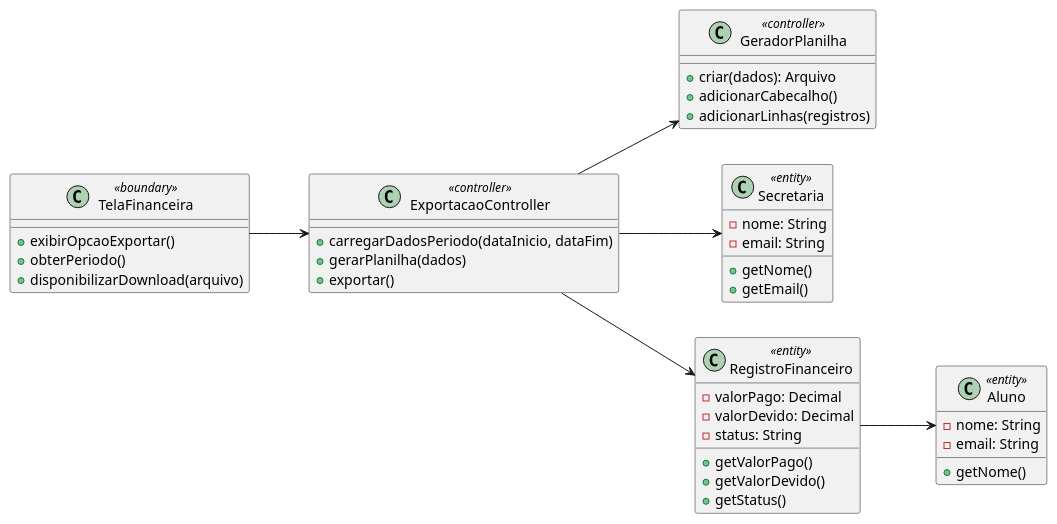
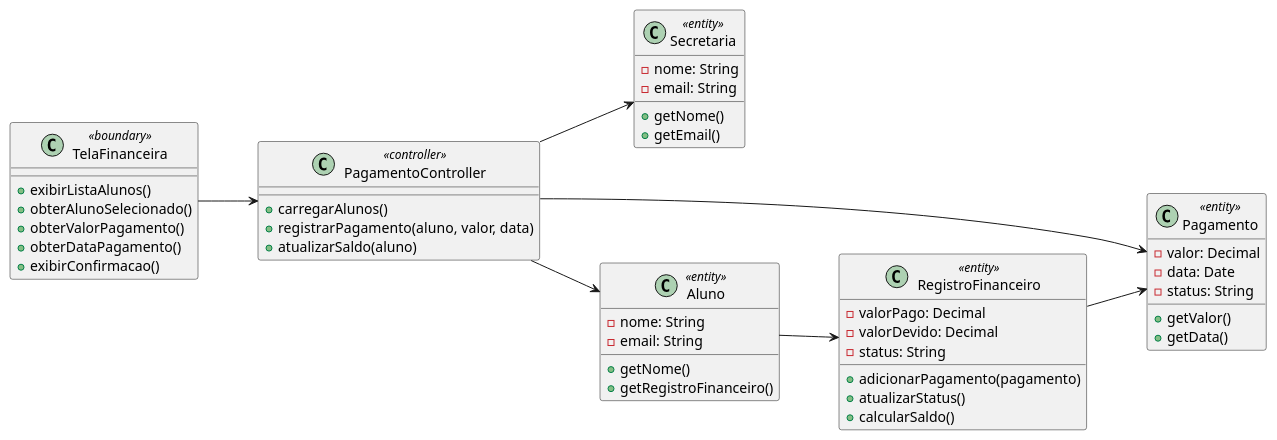
The diagram in vcp/Caso_10_VCP.puml (viniciusdias2902/modelagem_uml), drawn with PlantUML before and after one commit. The commit also changed other lines of this file and 117 other files, not shown here.

Commit message:
Atualização dos diagramas

```diff
--- a/vcp/Caso_10_VCP.puml
+++ b/vcp/Caso_10_VCP.puml
@@ -1,50 +1,56 @@
 @startuml
 left to right direction
 
 class TelaFinanceira <<boundary>> {
-    +exibirOpcaoExportar()
-    +obterPeriodo()
-    +disponibilizarDownload(arquivo)
+    +exibirListaAlunos()
+    +obterAlunoSelecionado()
+    +obterValorPagamento()
+    +obterDataPagamento()
+    +exibirConfirmacao()
 }
 
-class ExportacaoController <<controller>> {
-    +carregarDadosPeriodo(dataInicio, dataFim)
-    +gerarPlanilha(dados)
-    +exportar()
-}
-
-class GeradorPlanilha <<controller>> {
-    +criar(dados): Arquivo
-    +adicionarCabecalho()
-    +adicionarLinhas(registros)
+class PagamentoController <<controller>> {
+    +carregarAlunos()
+    +registrarPagamento(aluno, valor, data)
+    +atualizarSaldo(aluno)
 }
 
 class Secretaria <<entity>> {
     -nome: String
     -email: String
     +getNome()
     +getEmail()
 }
 
 class RegistroFinanceiro <<entity>> {
     -valorPago: Decimal
     -valorDevido: Decimal
     -status: String
-    +getValorPago()
-    +getValorDevido()
-    +getStatus()
+    +adicionarPagamento(pagamento)
+    +atualizarStatus()
+    +calcularSaldo()
+}
+
+class Pagamento <<entity>> {
+    -valor: Decimal
+    -data: Date
+    -status: String
+    +getValor()
+    +getData()
 }
 
 class Aluno <<entity>> {
     -nome: String
     -email: String
     +getNome()
+    +getRegistroFinanceiro()
 }
 
-TelaFinanceira --> ExportacaoController
-ExportacaoController --> Secretaria
-ExportacaoController --> GeradorPlanilha
-ExportacaoController --> RegistroFinanceiro
-RegistroFinanceiro --> Aluno
+TelaFinanceira --> PagamentoController
+PagamentoController --> Secretaria
+PagamentoController --> Aluno
+PagamentoController --> Pagamento
+Aluno --> RegistroFinanceiro
+RegistroFinanceiro --> Pagamento
 
 @enduml
```
